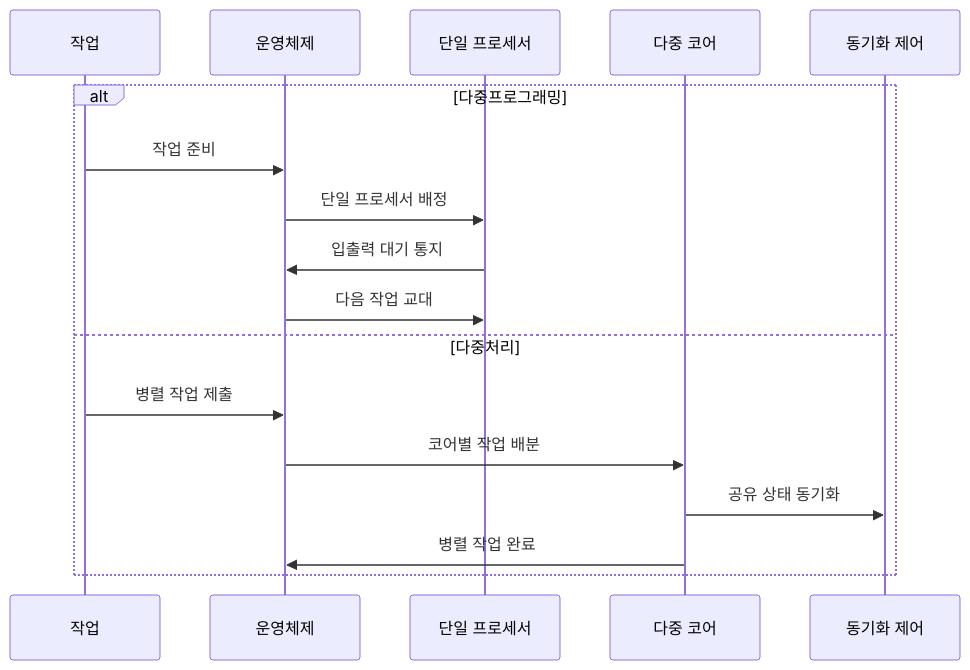
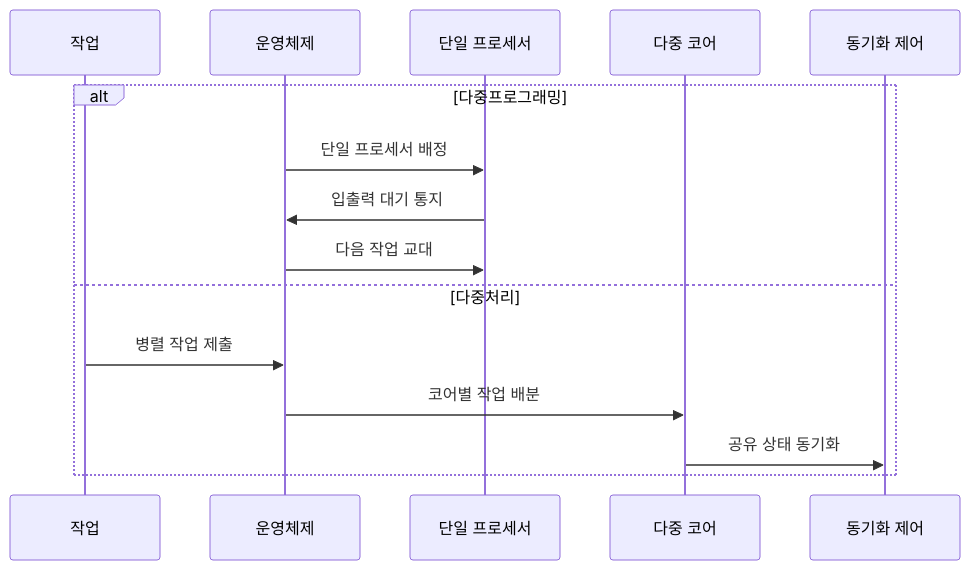
Before and after one commit to agnusdei1207/knowledge-base: the second of 2 diagrams in src/content/docs/notes/03-software/017_multiprogramming_multiprocessing.md, drawn with Mermaid. The commit also changed other lines of this file and 13 other files, not shown here.

````diff
--- a/src/content/docs/notes/03-software/017_multiprogramming_multiprocessing.md
+++ b/src/content/docs/notes/03-software/017_multiprogramming_multiprocessing.md
@@ -92,19 +92,17 @@
 ```mermaid
 sequenceDiagram
     participant J as 작업
     participant O as 운영체제
     participant U as 단일 프로세서
     participant C as 다중 코어
     participant S as 동기화 제어
     alt 다중프로그래밍
-        J->>O: 작업 준비
         O->>U: 단일 프로세서 배정
         U->>O: 입출력 대기 통지
         O->>U: 다음 작업 교대
     else 다중처리
         J->>O: 병렬 작업 제출
         O->>C: 코어별 작업 배분
         C->>S: 공유 상태 동기화
-        C->>O: 병렬 작업 완료
     end
 ```
````
